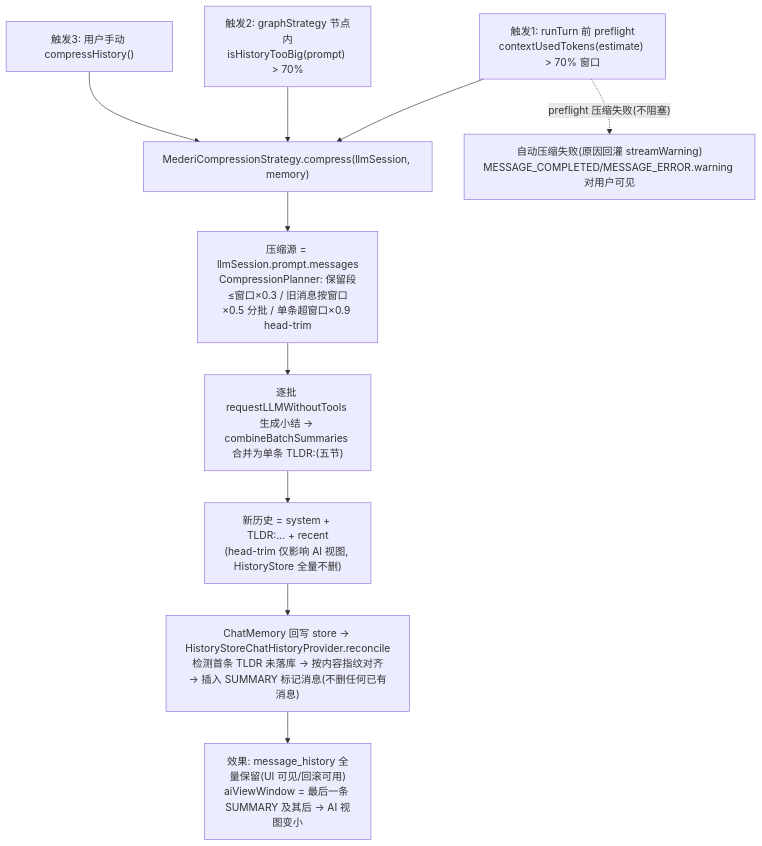
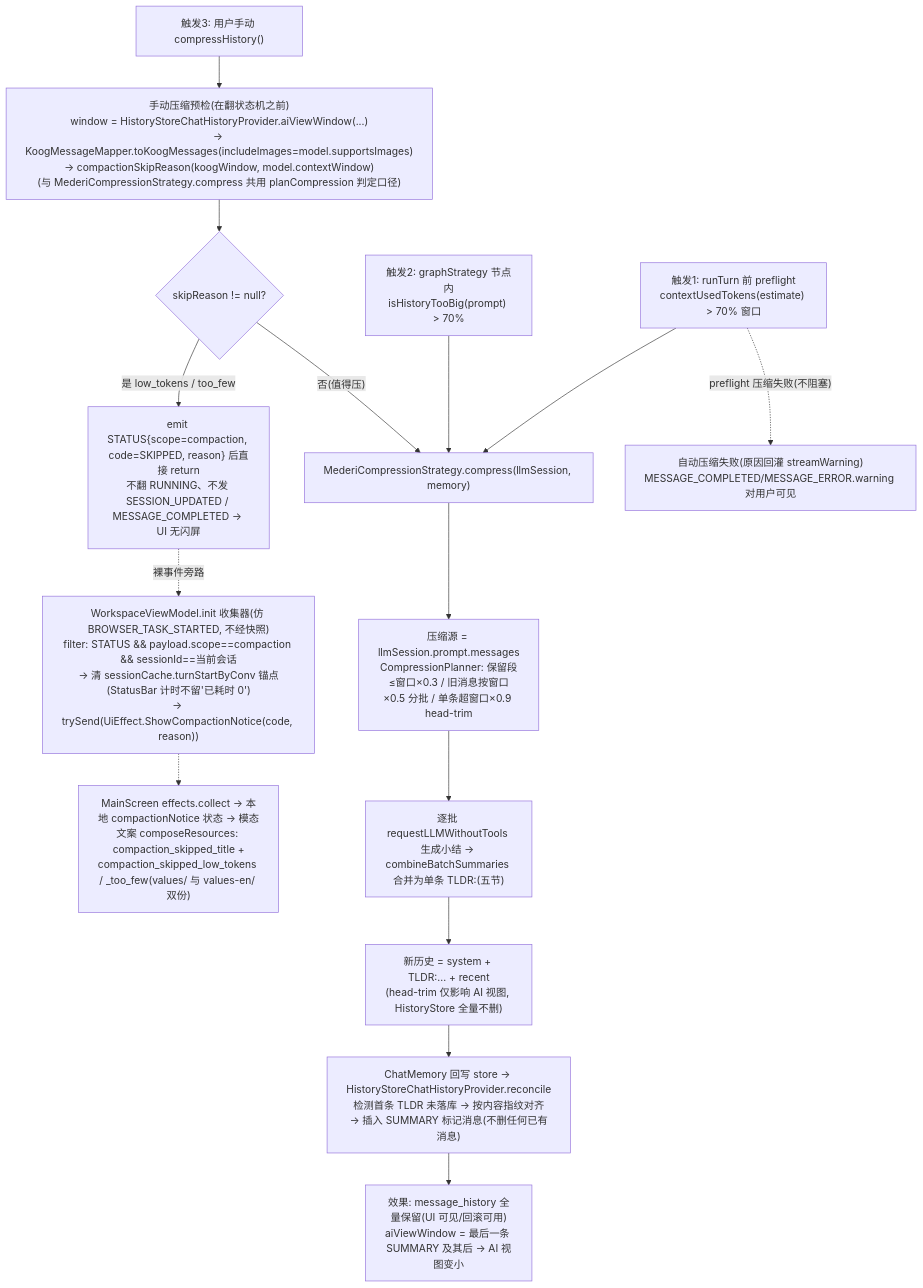
One commit to lzdev42/mederi changed the eighth of 18 diagrams in docs/architecture/04-flows.md. Above: the diagram before and after it, drawn with Mermaid. The commit also changed other lines of this file and 23 other files, not shown here.

````diff
--- a/docs/architecture/04-flows.md
+++ b/docs/architecture/04-flows.md
@@ -289,13 +289,19 @@
 ```mermaid
 flowchart TD
     A["触发1: runTurn 前 preflight<br/>contextUsedTokens(estimate) > 70% 窗口"]
     B["触发2: graphStrategy 节点内<br/>isHistoryTooBig(prompt) > 70%"]
     C["触发3: 用户手动 compressHistory()"]
-    A & B & C --> D["MederiCompressionStrategy.compress(llmSession, memory)"]
+    A & B --> D["MederiCompressionStrategy.compress(llmSession, memory)"]
+    C --> P["手动压缩预检(在翻状态机之前)<br/>window = HistoryStoreChatHistoryProvider.aiViewWindow(...)<br/>→ KoogMessageMapper.toKoogMessages(includeImages=model.supportsImages)<br/>→ compactionSkipReason(koogWindow, model.contextWindow)<br/>(与 MederiCompressionStrategy.compress 共用 planCompression 判定口径)"]
+    P --> S{"skipReason != null?"}
+    S -- "否(值得压)" --> D
+    S -- "是 low_tokens / too_few" --> X["emit STATUS{scope=compaction, code=SKIPPED, reason} 后直接 return<br/>不翻 RUNNING、不发 SESSION_UPDATED / MESSAGE_COMPLETED → UI 无闪屏"]
+    X -. 裸事件旁路.-> U["WorkspaceViewModel.init 收集器(仿 BROWSER_TASK_STARTED, 不经快照)<br/>filter: STATUS && payload.scope==compaction && sessionId==当前会话<br/>→ 清 sessionCache.turnStartByConv 锚点(StatusBar 计时不留'已耗时 0')<br/>→ trySend(UiEffect.ShowCompactionNotice(code, reason))"]
+    U -.-> V["MainScreen effects.collect → 本地 compactionNotice 状态 → 模态<br/>文案 composeResources: compaction_skipped_title +<br/>compaction_skipped_low_tokens / _too_few(values/ 与 values-en/ 双份)"]
     D --> E["压缩源 = llmSession.prompt.messages<br/>CompressionPlanner: 保留段≤窗口×0.3 / 旧消息按窗口×0.5 分批 / 单条超窗口×0.9 head-trim"]
     E --> F["逐批 requestLLMWithoutTools 生成小结 → combineBatchSummaries 合并为单条 TLDR:(五节)"]
     F --> G["新历史 = system + TLDR:... + recent<br/>(head-trim 仅影响 AI 视图, HistoryStore 全量不删)"]
     G --> H["ChatMemory 回写 store → HistoryStoreChatHistoryProvider.reconcile<br/>检测首条 TLDR 未落库 → 按内容指纹对齐<br/>→ 插入 SUMMARY 标记消息(不删任何已有消息)"]
     H --> I["效果: message_history 全量保留(UI 可见/回滚可用)<br/>aiViewWindow = 最后一条 SUMMARY 及其后 → AI 视图变小"]
     A -. preflight 压缩失败(不阻塞).-> W["自动压缩失败(原因回灌 streamWarning)<br/>MESSAGE_COMPLETED/MESSAGE_ERROR.warning 对用户可见"]
 ```
````
